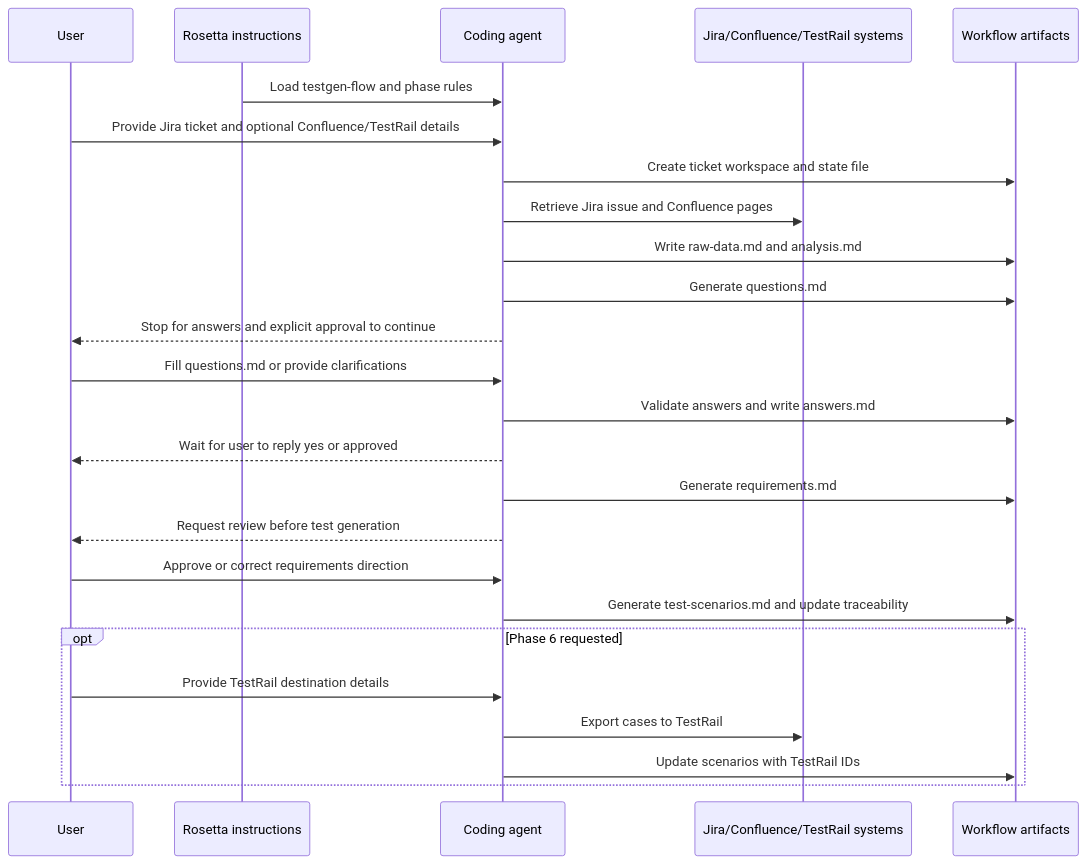
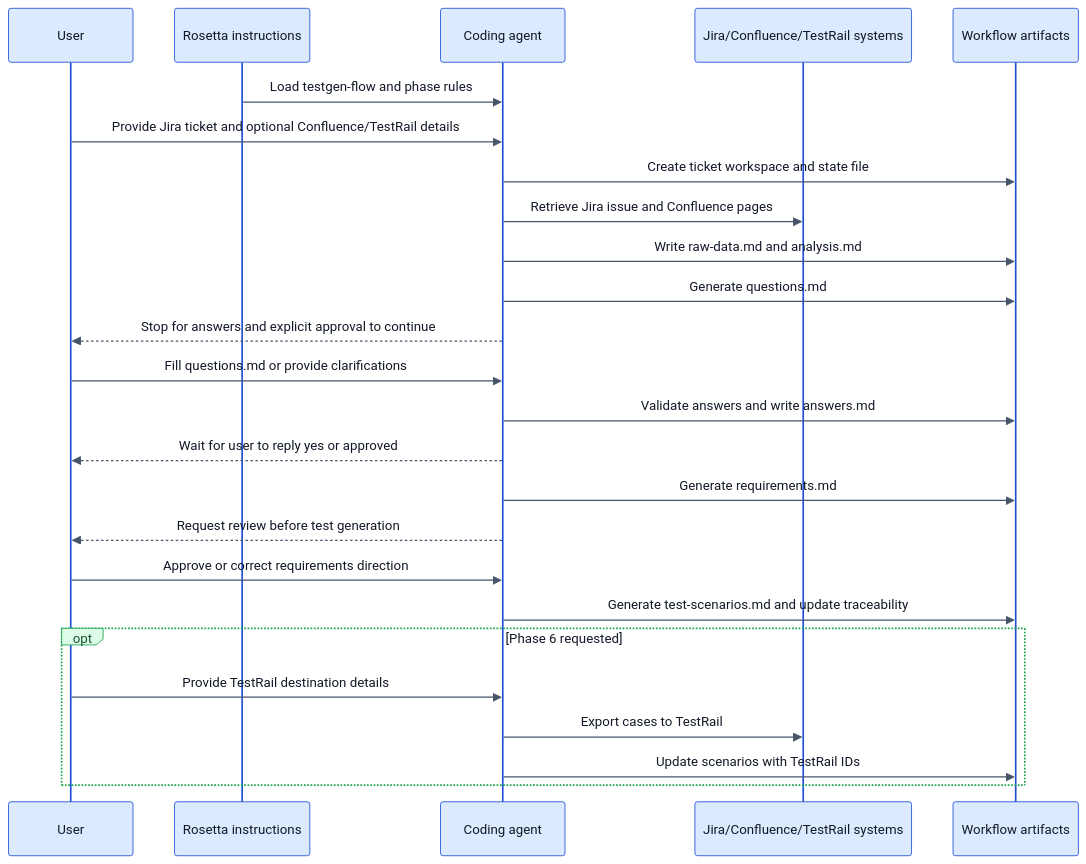
Before and after one commit to heywood8/rosetta: the second of 2 diagrams in docs/web/docs/testgen-flow.md, drawn with Mermaid. The commit also changed other lines of this file and 13 other files, not shown here.

````diff
--- a/docs/web/docs/testgen-flow.md
+++ b/docs/web/docs/testgen-flow.md
@@ -126,28 +141,47 @@
 ```mermaid
+%%{init: {'theme':'base','themeVariables':{
+'background':'#ffffff',
+'textColor':'#111827',
+'lineColor':'#475569',
+'actorBkg':'#dbeafe',
+'actorBorder':'#1d4ed8',
+'actorTextColor':'#111827',
+'signalColor':'#475569',
+'signalTextColor':'#111827',
+'labelBoxBkgColor':'#dcfce7',
+'labelBoxBorderColor':'#16a34a',
+'labelTextColor':'#14532d',
+'noteBkgColor':'#fef3c7',
+'noteBorderColor':'#d97706',
+'noteTextColor':'#78350f',
+'activationBkgColor':'#dbeafe',
+'activationBorderColor':'#1d4ed8',
+'fontFamily':'Fira Sans, sans-serif'
+}}}%%
 sequenceDiagram
     participant U as User
     participant R as Rosetta instructions
     participant A as Coding agent
     participant X as Jira/Confluence/TestRail systems
     participant F as Workflow artifacts
 
     R->>A: Load testgen-flow and phase rules
     U->>A: Provide Jira ticket and optional Confluence/TestRail details
     A->>F: Create ticket workspace and state file
     A->>X: Retrieve Jira issue and Confluence pages
     A->>F: Write raw-data.md and analysis.md
     A->>F: Generate questions.md
     A-->>U: Stop for answers and explicit approval to continue
     U->>A: Fill questions.md or provide clarifications
     A->>F: Validate answers and write answers.md
     A-->>U: Wait for user to reply yes or approved
     A->>F: Generate requirements.md
     A-->>U: Request review before test generation
     U->>A: Approve or correct requirements direction
     A->>F: Generate test-scenarios.md and update traceability
     opt Phase 6 requested
         U->>A: Provide TestRail destination details
         A->>X: Export cases to TestRail
         A->>F: Update scenarios with TestRail IDs
     end
 ```
````
